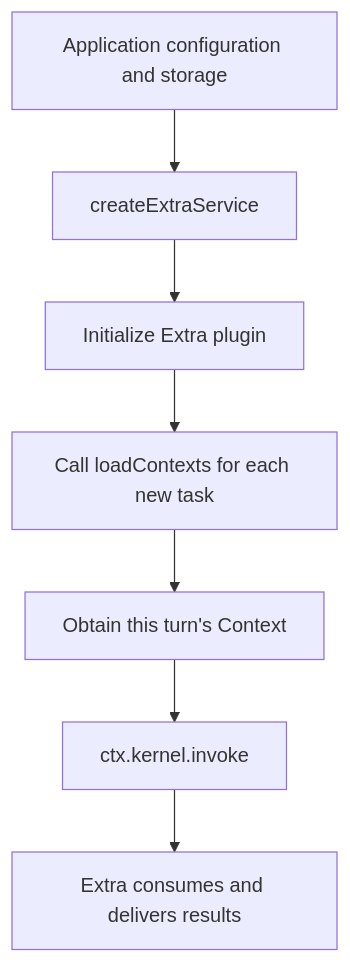
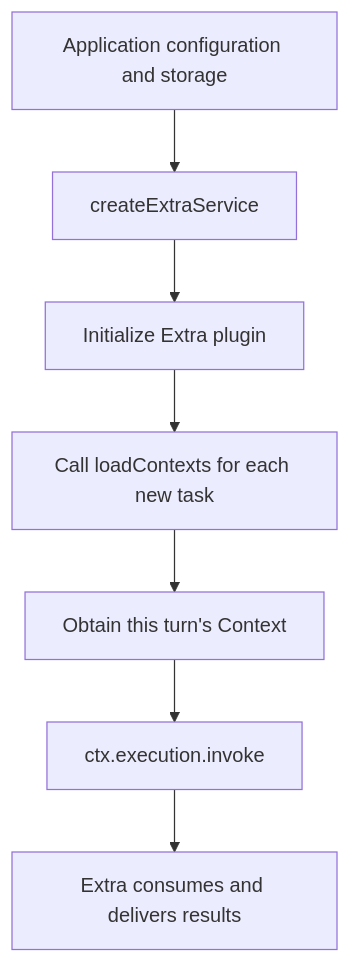
Before and after one commit to Liuxy20/octo-runtime: the first of 2 diagrams in docs/en/guides/extras.md, drawn with Mermaid. The commit also changed other lines of this file and 55 other files, not shown here.

````diff
--- a/docs/en/guides/extras.md
+++ b/docs/en/guides/extras.md
@@ -65,9 +65,9 @@
 ```mermaid
 flowchart TB
   Host[Application configuration and storage] --> SDK[createExtraService]
   SDK --> Plugin[Initialize Extra plugin]
   Plugin --> Load[Call loadContexts for each new task]
   Load --> Snapshot[Obtain this turn's Context]
-  Snapshot --> Invoke[ctx.kernel.invoke]
+  Snapshot --> Invoke[ctx.execution.invoke]
   Invoke --> Delivery[Extra consumes and delivers results]
 ```
````
